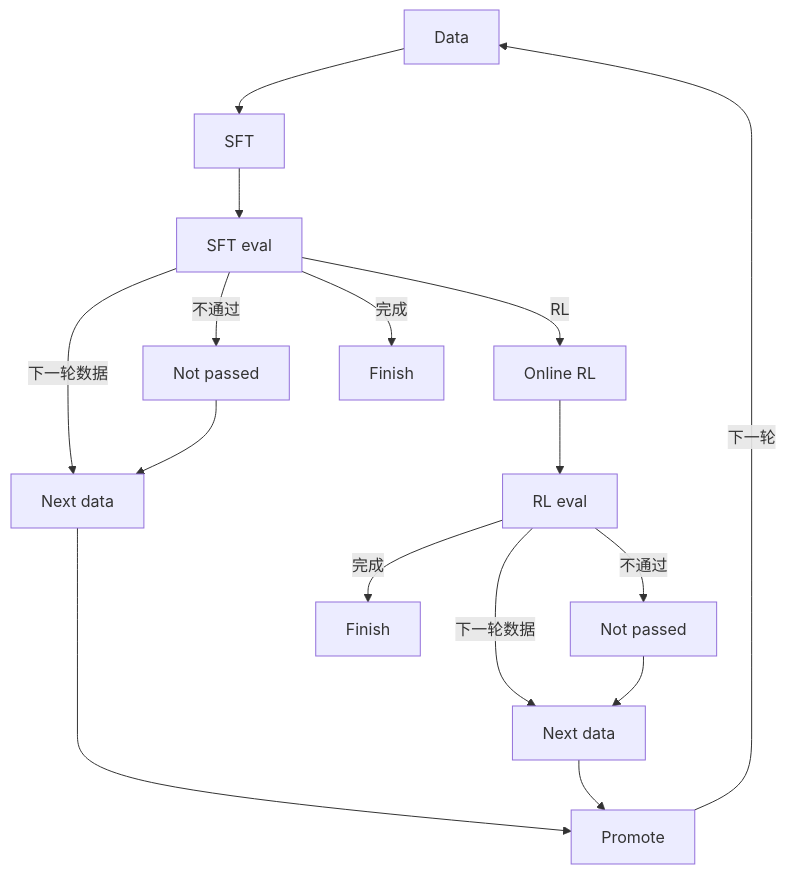
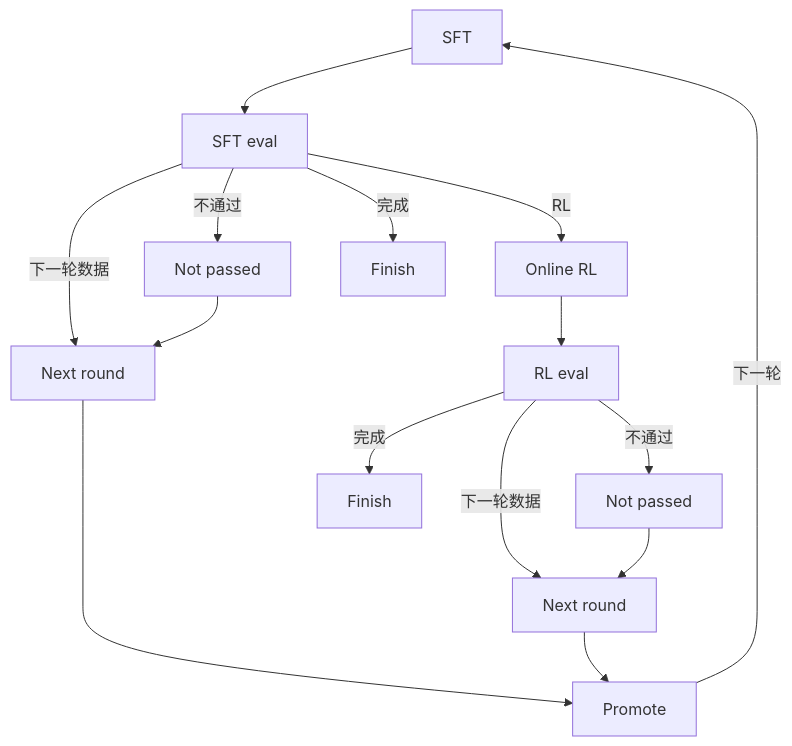
The diagram in rsi/README.md (achievec/ms-swift), drawn with Mermaid before and after one commit. The commit also changed other lines of this file and 19 other files, not shown here.

````diff
--- a/rsi/README.md
+++ b/rsi/README.md
@@ -11,17 +11,17 @@
 ```mermaid
 flowchart TD
-  data[Data] --> sft[SFT] --> se[SFT eval]
+  sft[SFT] --> se[SFT eval]
   se -->|不通过| miss[Not passed]
   se -->|RL| rl[Online RL]
   se -->|完成| done[Finish]
-  se -->|下一轮数据| nxt[Next data]
+  se -->|下一轮数据| nxt[Next round]
   miss --> nxt
   rl --> re[RL eval]
   re -->|不通过| rmiss[Not passed]
   re -->|完成| rdone[Finish]
-  re -->|下一轮数据| rnxt[Next data]
+  re -->|下一轮数据| rnxt[Next round]
   rmiss --> rnxt
   nxt --> promo[Promote]
   rnxt --> promo
-  promo -->|下一轮| data
+  promo -->|下一轮| sft
 ```
````
